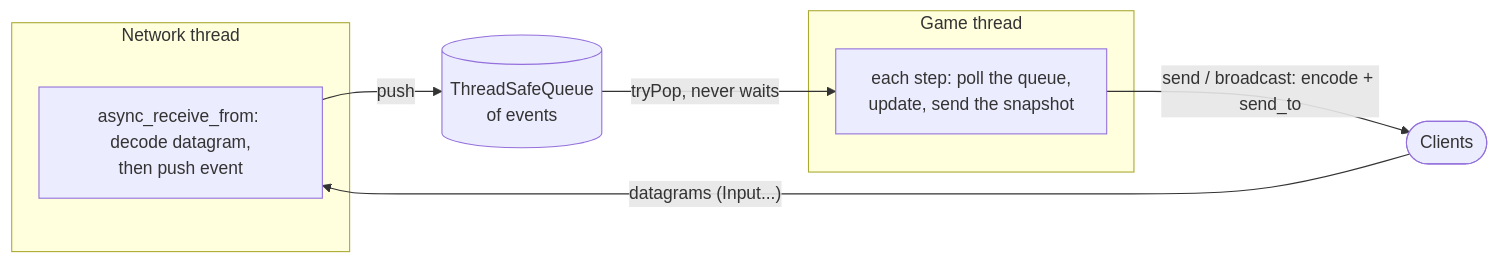
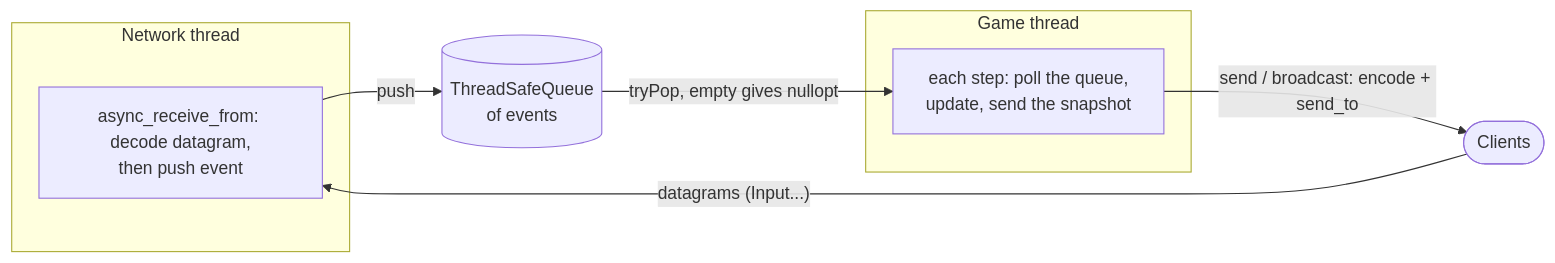
Before and after one commit to Nivek-Hyn/epitech-rtype: the fifth of 6 diagrams in docs/architecture.md, drawn with Mermaid. The commit also changed other lines of this file and 2 other files, not shown here.

````diff
--- a/docs/architecture.md
+++ b/docs/architecture.md
@@ -171,15 +175,15 @@
 ```mermaid
 flowchart LR
     subgraph NetworkThread["Network thread"]
         Receive["async_receive_from: decode datagram,<br/>then push event"]
     end
     Queue[("ThreadSafeQueue<br/>of events")]
     subgraph GameThread["Game thread"]
         Simulation["each step: poll the queue,<br/>update, send the snapshot"]
     end
     Clients(["Clients"])
     Clients -- "datagrams (Input...)" --> Receive
     Receive -- "push" --> Queue
-    Queue -- "tryPop, never waits" --> Simulation
+    Queue -- "tryPop, empty gives nullopt" --> Simulation
     Simulation -- "send / broadcast: encode + send_to" --> Clients
 ```
````
